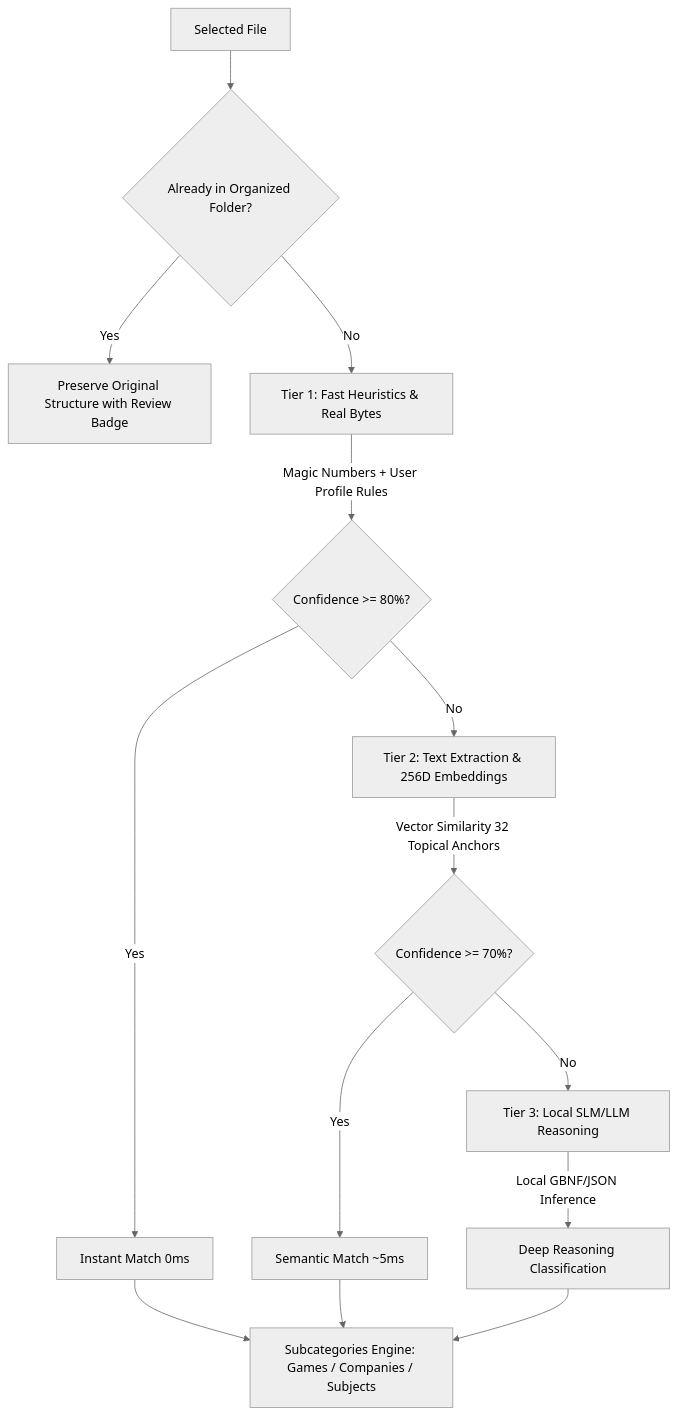
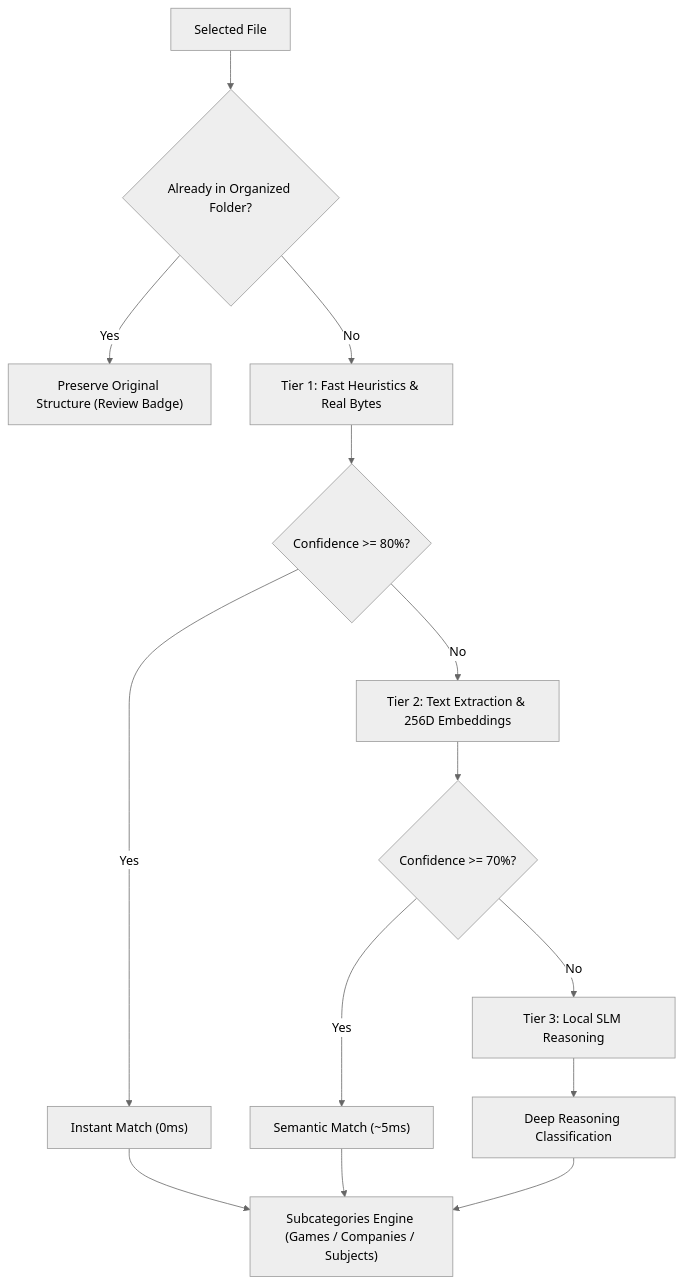
One commit to pongitV/Indexo changed the first of 2 diagrams in README_EN.md. Above: the diagram before and after it, drawn with Mermaid (neutral theme). The commit also changed other lines of this file and 1 other file, not shown here.

Commit message:
fix(docs): refaz sintaxe dos diagramas Mermaid para total compatibilidade com renderizadores markdown

````diff
--- a/README_EN.md
+++ b/README_EN.md
@@ -78,16 +78,16 @@
 ```mermaid
-graph TD
-    A[Selected File] --> P{Already in Organized Folder?}
-    P -->|Yes| PRESERV[Preserve Original Structure with Review Badge]
-    P -->|No| B[Tier 1: Fast Heuristics & Real Bytes]
-    B -->|Magic Numbers + User Profile Rules| Z{Confidence >= 80%?}
-    Z -->|Yes| R1[Instant Match 0ms]
-    Z -->|No| C[Tier 2: Text Extraction & 256D Embeddings]
-    C -->|Vector Similarity 32 Topical Anchors| Y{Confidence >= 70%?}
-    Y -->|Yes| R2[Semantic Match ~5ms]
-    Y -->|No| D[Tier 3: Local SLM/LLM Reasoning]
-    D -->|Local GBNF/JSON Inference| R3[Deep Reasoning Classification]
-    R1 --> SUB[Subcategories Engine: Games / Companies / Subjects]
+flowchart TD
+    A["Selected File"] --> P{"Already in Organized Folder?"}
+    P -->|"Yes"| PRESERV["Preserve Original Structure (Review Badge)"]
+    P -->|"No"| B["Tier 1: Fast Heuristics & Real Bytes"]
+    B --> Z{"Confidence >= 80%?"}
+    Z -->|"Yes"| R1["Instant Match (0ms)"]
+    Z -->|"No"| C["Tier 2: Text Extraction & 256D Embeddings"]
+    C --> Y{"Confidence >= 70%?"}
+    Y -->|"Yes"| R2["Semantic Match (~5ms)"]
+    Y -->|"No"| D["Tier 3: Local SLM Reasoning"]
+    D --> R3["Deep Reasoning Classification"]
+    R1 --> SUB["Subcategories Engine (Games / Companies / Subjects)"]
     R2 --> SUB
     R3 --> SUB
 ```
````
